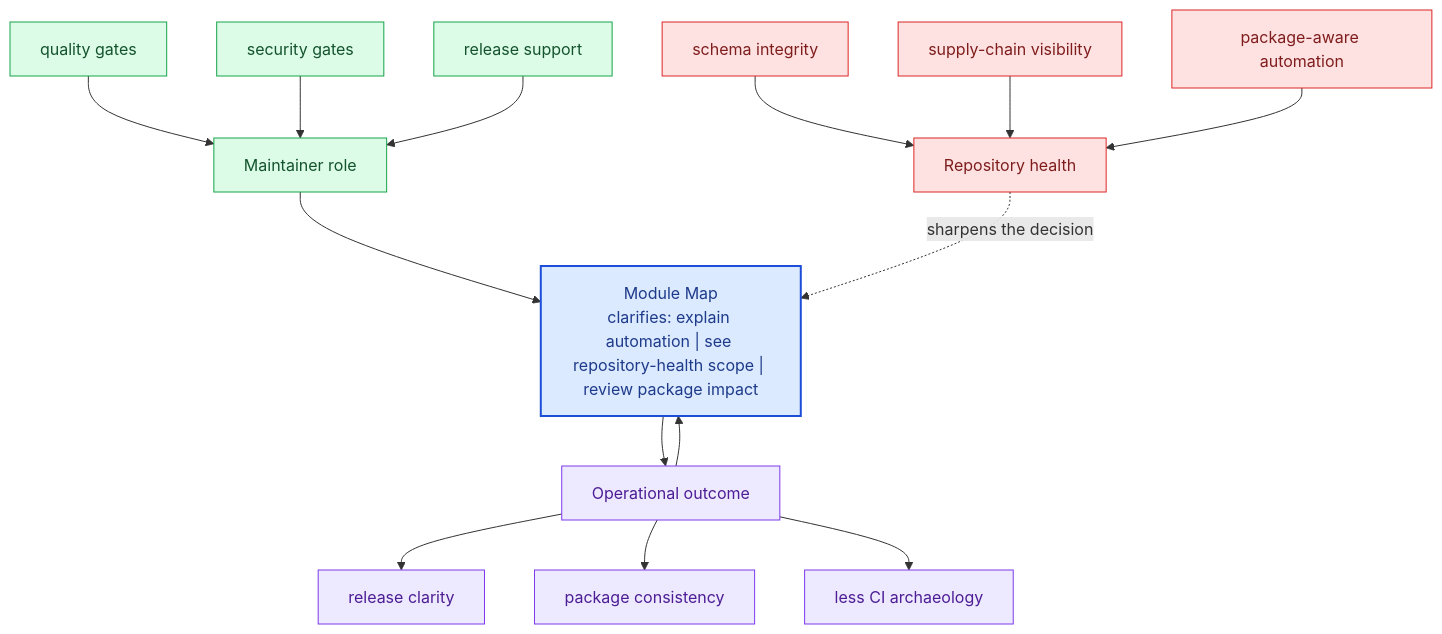
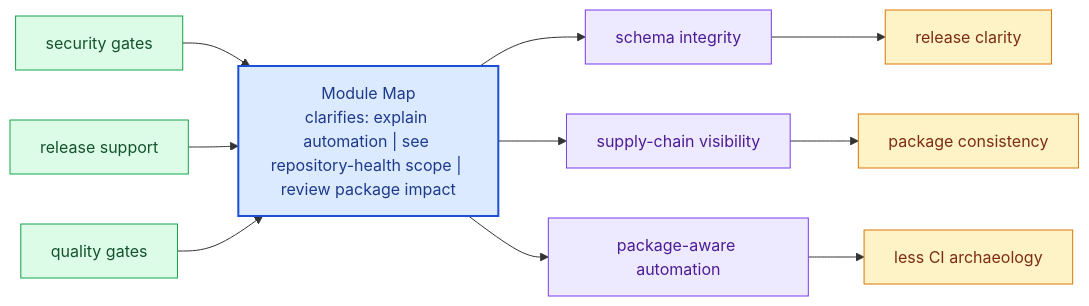
The diagram in docs/bijux-canon-dev/module-map.md (bijux/bijux-canon), drawn with Mermaid before and after one commit. The commit also changed other lines of this file and 281 other files, not shown here.

Commit message:
docs(diagrams): replace repeated mermaid scaffolds with page-specific summaries

````diff
--- a/docs/bijux-canon-dev/module-map.md
+++ b/docs/bijux-canon-dev/module-map.md
@@ -73,40 +28,31 @@
 ```mermaid
-flowchart TB
-    promise["Module Map<br/>clarifies: explain automation | see repository-health scope | review package impact"]
-    classDef promise fill:#dbeafe,stroke:#1d4ed8,color:#1e3a8a,stroke-width:2px;
-    classDef driver fill:#dcfce7,stroke:#16a34a,color:#14532d;
-    classDef constraint fill:#fee2e2,stroke:#dc2626,color:#7f1d1d;
-    classDef ground fill:#ede9fe,stroke:#7c3aed,color:#4c1d95;
-    focus1["Maintainer role"]
-    focus1 --> promise
-    focus1_1["quality gates"]
-    focus1_1 --> focus1
-    focus1_2["security gates"]
-    focus1_2 --> focus1
-    focus1_3["release support"]
-    focus1_3 --> focus1
-    class focus1 driver;
-    class focus1_1,focus1_2,focus1_3 driver;
-    focus2["Repository health"]
-    focus2 -.sharpens the decision.-> promise
-    focus2_1["schema integrity"]
-    focus2_1 --> focus2
-    focus2_2["supply-chain visibility"]
-    focus2_2 --> focus2
-    focus2_3["package-aware automation"]
-    focus2_3 --> focus2
-    class focus2 constraint;
-    class focus2_1,focus2_2,focus2_3 constraint;
-    focus3["Operational outcome"]
-    focus3 --> promise
-    promise --> focus3
-    focus3_1["release clarity"]
-    focus3 --> focus3_1
-    focus3_2["package consistency"]
-    focus3 --> focus3_2
-    focus3_3["less CI archaeology"]
-    focus3 --> focus3_3
-    class focus3 ground;
-    class focus3_1,focus3_2,focus3_3 ground;
-    class promise promise;
+flowchart LR
+    page["Module Map<br/>clarifies: explain automation | see repository-health scope | review package impact"]
+    classDef page fill:#dbeafe,stroke:#1d4ed8,color:#1e3a8a,stroke-width:2px;
+    classDef positive fill:#dcfce7,stroke:#16a34a,color:#14532d;
+    classDef caution fill:#fee2e2,stroke:#dc2626,color:#7f1d1d;
+    classDef anchor fill:#ede9fe,stroke:#7c3aed,color:#4c1d95;
+    classDef action fill:#fef3c7,stroke:#d97706,color:#7c2d12;
+    role1["security gates"]
+    role1 --> page
+    role2["release support"]
+    role2 --> page
+    role3["quality gates"]
+    role3 --> page
+    health1["schema integrity"]
+    page --> health1
+    health2["supply-chain visibility"]
+    page --> health2
+    health3["package-aware automation"]
+    page --> health3
+    outcome1["release clarity"]
+    health1 --> outcome1
+    outcome2["package consistency"]
+    health2 --> outcome2
+    outcome3["less CI archaeology"]
+    health3 --> outcome3
+    class page page;
+    class role1,role2,role3 positive;
+    class health1,health2,health3 anchor;
+    class outcome1,outcome2,outcome3 action;
 ```
````
